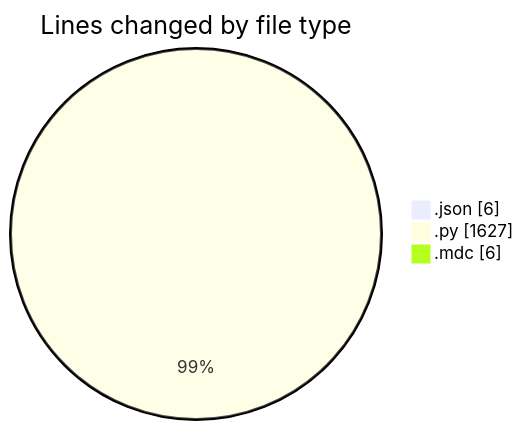
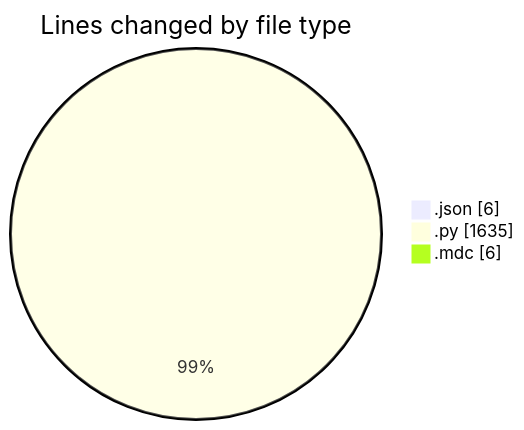
Before and after one commit to jrari/code-tracking: the first of 2 diagrams in 2025-07-16/telebot/README.md, drawn with Mermaid. The commit also changed other lines of this file and 1 other file, not shown here.

````diff
--- a/2025-07-16/telebot/README.md
+++ b/2025-07-16/telebot/README.md
@@ -23,7 +23,7 @@
 ```mermaid
 pie showData
 title Lines changed by file type
 ".json" : 6
-".py" : 1627
+".py" : 1635
 ".mdc" : 6
 ```
````
